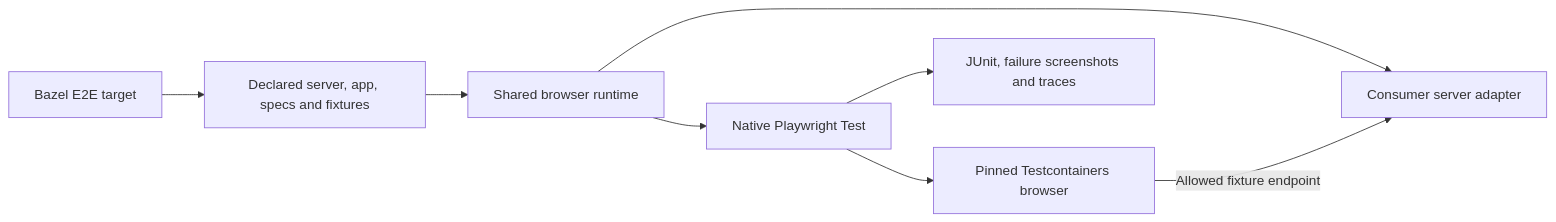
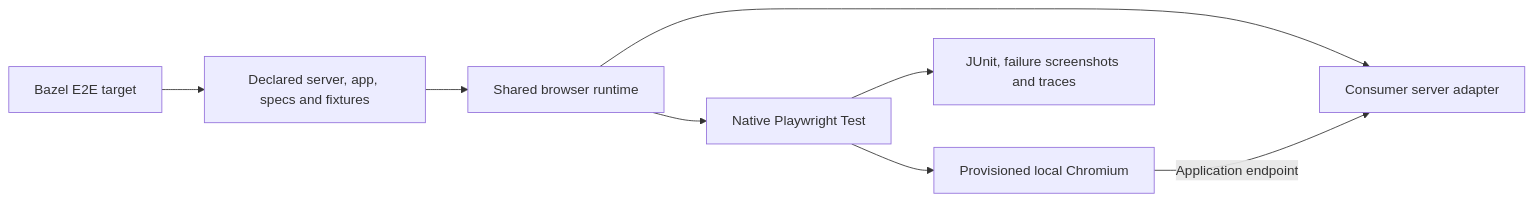
One commit to perplexityai/rules_web_e2e changed the diagram in docs/e2e.md. Above: the diagram before and after it, drawn with Mermaid. The commit also changed other lines of this file and 36 other files, not shown here.

````diff
--- a/docs/e2e.md
+++ b/docs/e2e.md
@@ -58,10 +58,10 @@
 ```mermaid
 flowchart LR
   Target[Bazel E2E target] --> Inputs[Declared server, app, specs and fixtures]
   Inputs --> Runtime[Shared browser runtime]
   Runtime --> Server[Consumer server adapter]
   Runtime --> Tests[Native Playwright Test]
-  Tests --> Browser[Pinned Testcontainers browser]
-  Browser -->|Allowed fixture endpoint| Server
+  Tests --> Browser[Provisioned local Chromium]
+  Browser -->|Application endpoint| Server
   Tests --> Results[JUnit, failure screenshots and traces]
 ```
````
